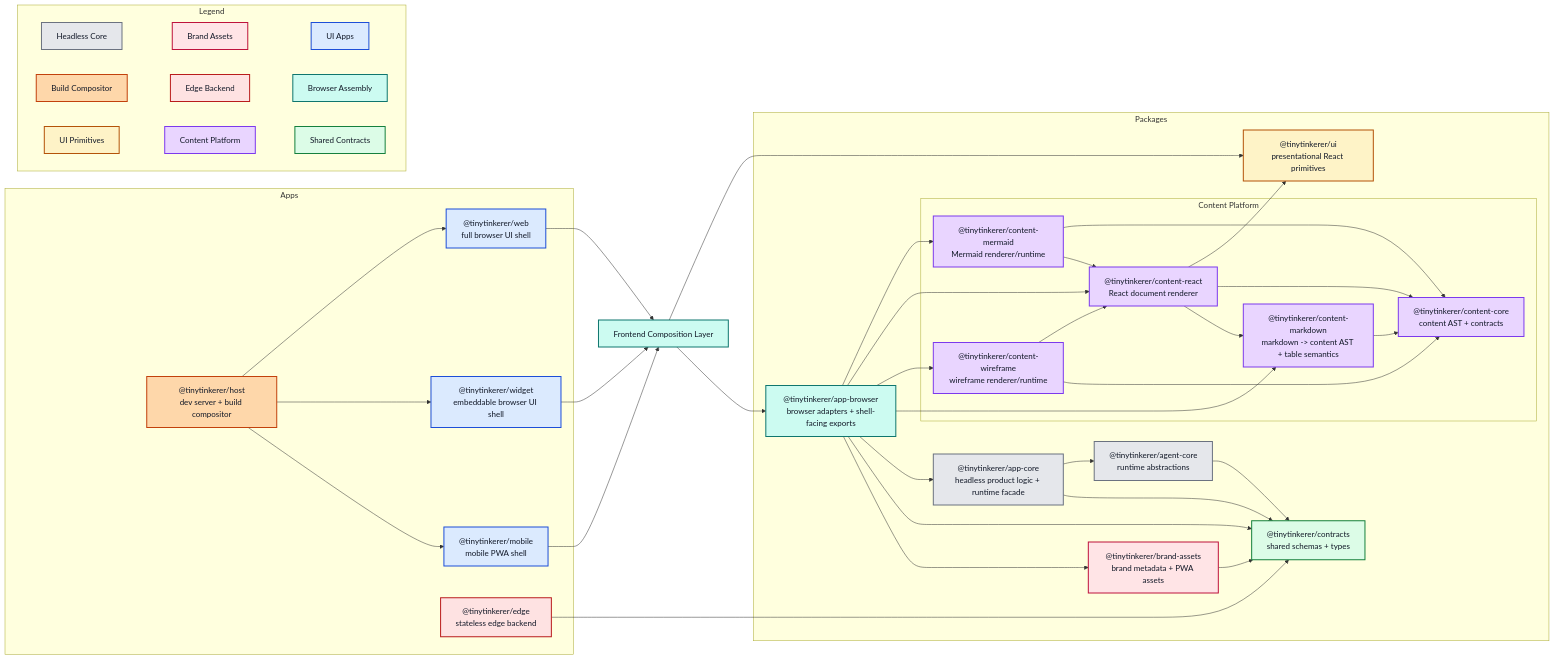
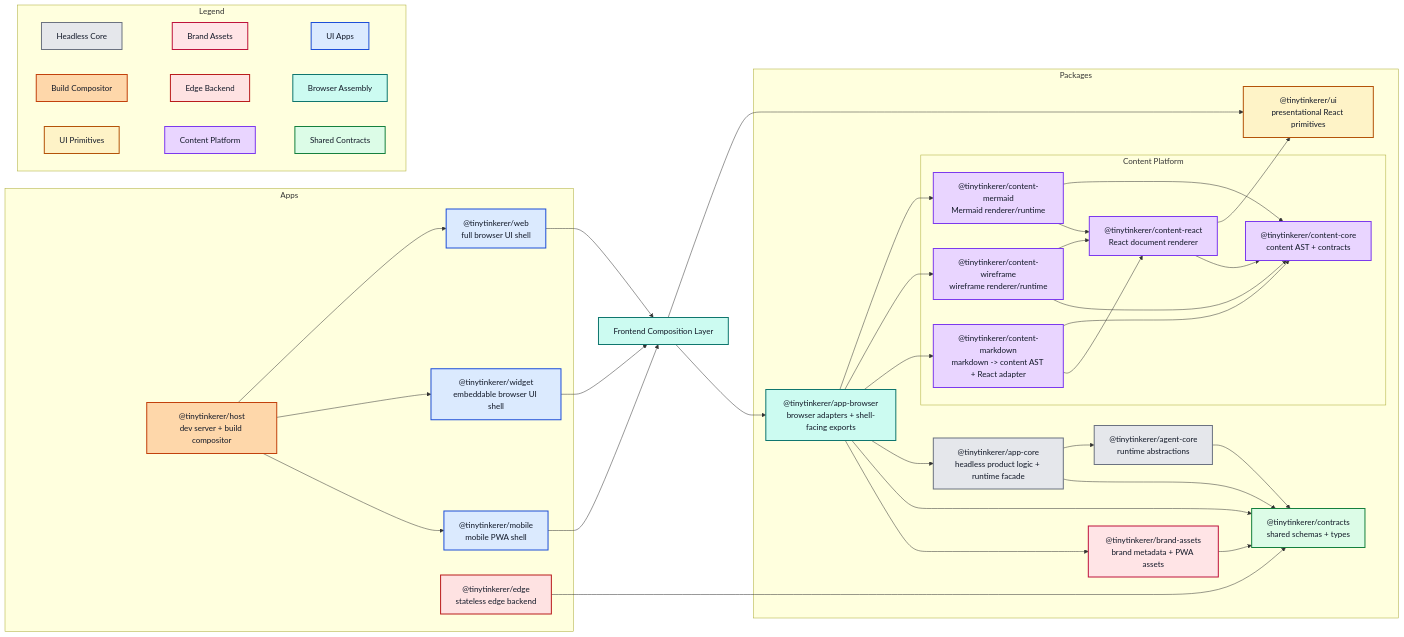
The diagram in docs/ARCHITECTURE.md (NNTin/tinytinkerer), drawn with Mermaid before and after one commit. The commit also changed other lines of this file and 14 other files, not shown here.

```diff
--- a/docs/ARCHITECTURE.md
+++ b/docs/ARCHITECTURE.md
@@ -54,7 +54,7 @@
 
     subgraph ContentPlatform["Content Platform"]
       contentcore["@tinytinkerer/content-core<br/>content AST + contracts"]
-      contentmarkdown["@tinytinkerer/content-markdown<br/>markdown -> content AST + table semantics"]
+      contentmarkdown["@tinytinkerer/content-markdown<br/>markdown -> content AST + React adapter"]
       contentreact["@tinytinkerer/content-react<br/>React document renderer"]
       contentmermaid["@tinytinkerer/content-mermaid<br/>Mermaid renderer/runtime"]
       contentwireframe["@tinytinkerer/content-wireframe<br/>wireframe renderer/runtime"]
@@ -77,7 +77,6 @@
   appcore --> contracts
 
   appbrowser --> contentmermaid
-  appbrowser --> contentreact
   appbrowser --> contentwireframe
   appbrowser --> contentmarkdown
   appbrowser --> appcore
@@ -85,9 +84,9 @@
   appbrowser --> brand
 
   contentmarkdown --> contentcore
+  contentmarkdown --> contentreact
   contentreact --> ui
   contentreact --> contentcore
-  contentreact --> contentmarkdown
   contentmermaid --> contentcore
   contentmermaid --> contentreact
   contentwireframe --> contentreact
```
